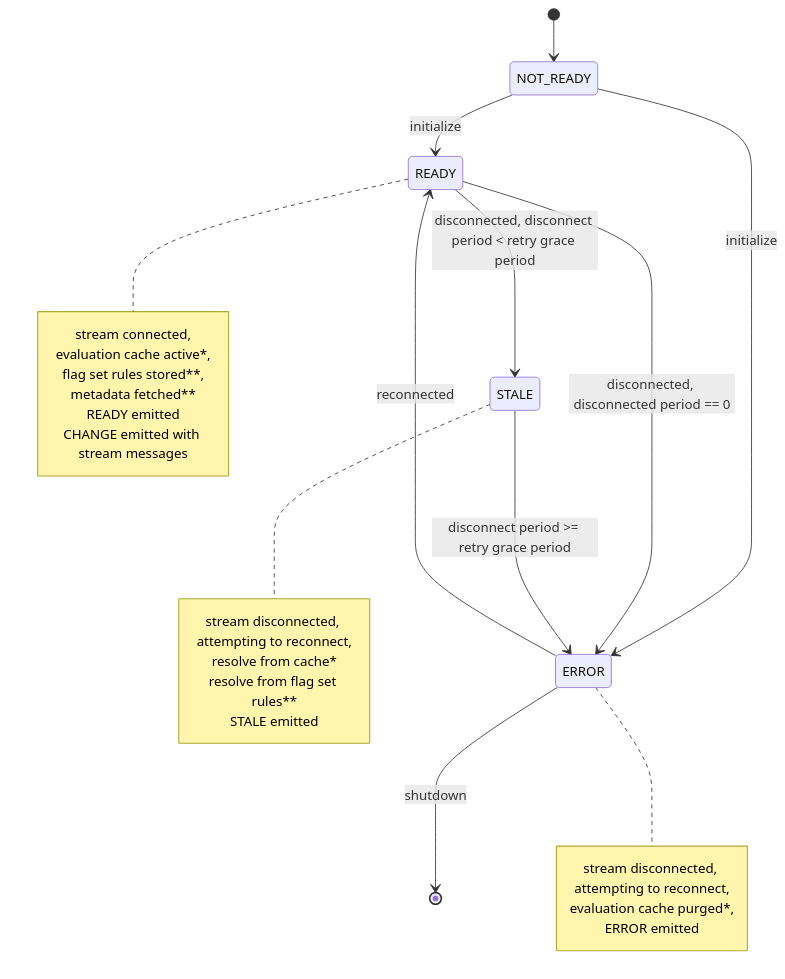
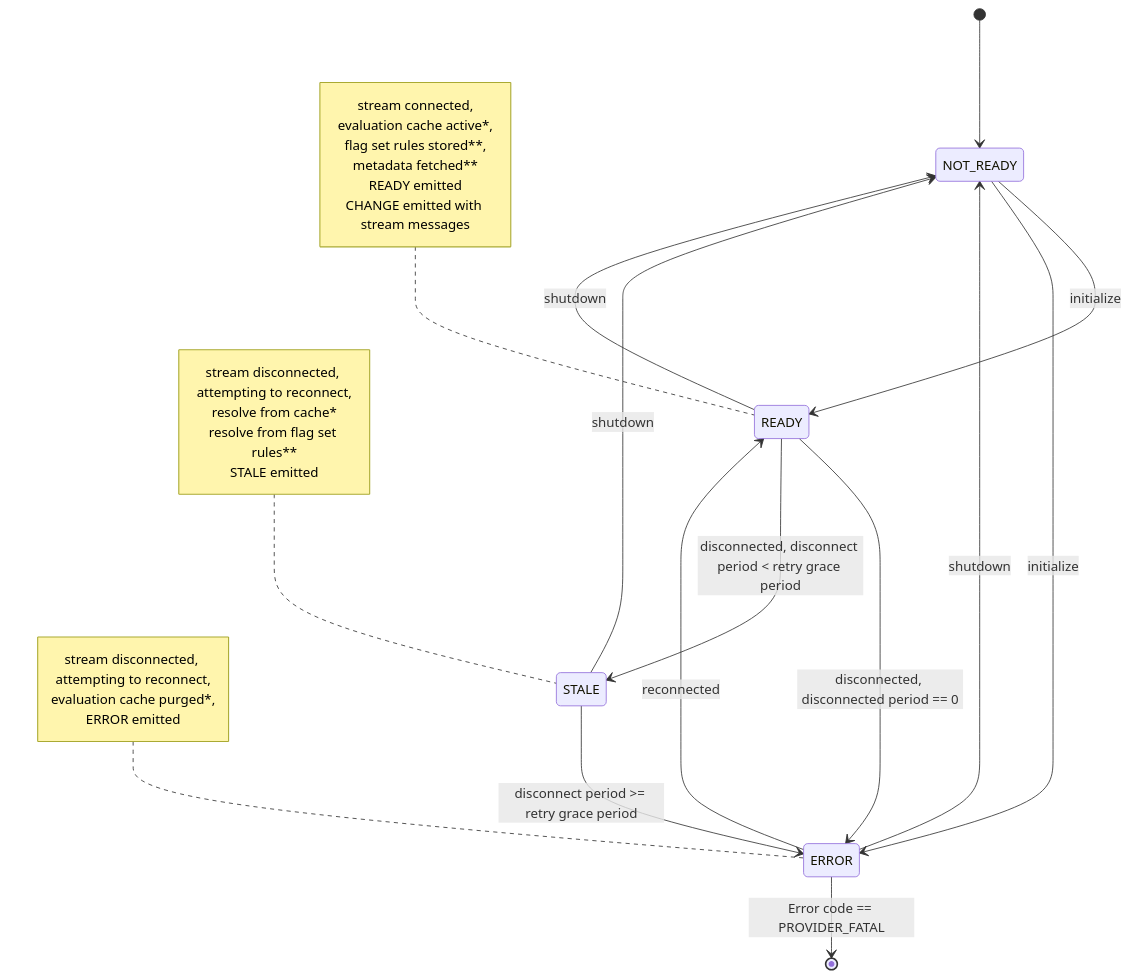
One commit to open-feature/flagd changed the diagram in docs/reference/specifications/providers.md. Above: the diagram before and after it, drawn with Mermaid. The commit also changed other lines of this file, not shown here.

Commit message:
docs: fatal codes, re-init, and retry policy

````diff
--- a/docs/reference/specifications/providers.md
+++ b/docs/reference/specifications/providers.md
@@ -60,36 +60,39 @@
 ```mermaid
 stateDiagram-v2
     [*] --> NOT_READY
     NOT_READY --> READY: initialize
     NOT_READY --> ERROR: initialize
     READY --> ERROR: disconnected, disconnected period == 0
     READY --> STALE: disconnected, disconnect period < retry grace period
+    READY --> NOT_READY: shutdown
     STALE --> ERROR: disconnect period >= retry grace period
+    STALE --> NOT_READY: shutdown
     ERROR --> READY: reconnected
-    ERROR --> [*]: shutdown
+    ERROR --> NOT_READY: shutdown
+    ERROR --> [*]: Error code == PROVIDER_FATAL
 
-    note right of STALE
+    note left of STALE
         stream disconnected, attempting to reconnect,
         resolve from cache*
         resolve from flag set rules**
         STALE emitted
     end note
 
-    note right of READY
+    note left of READY
         stream connected,
         evaluation cache active*,
         flag set rules stored**,
         metadata fetched**
         READY emitted
         CHANGE emitted with stream messages
     end note
 
-    note right of ERROR
+    note left of ERROR
         stream disconnected, attempting to reconnect,
         evaluation cache purged*,
         ERROR emitted
     end note
 
 %% * RPC providers only
 %% ** In-Process providers only
 ```
````
